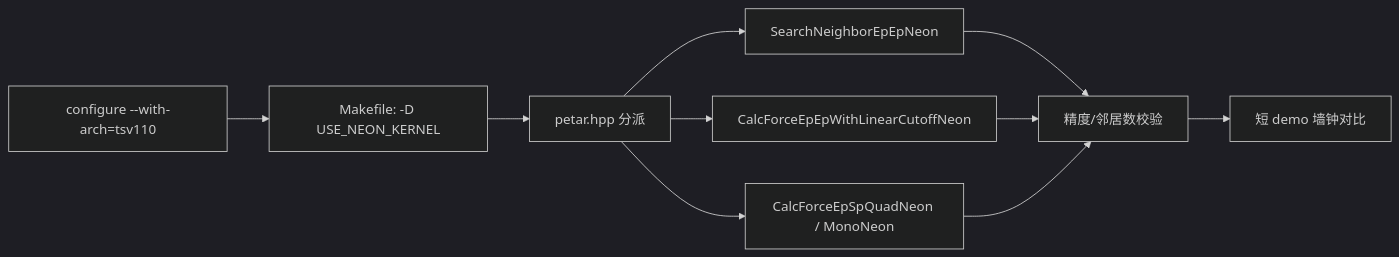
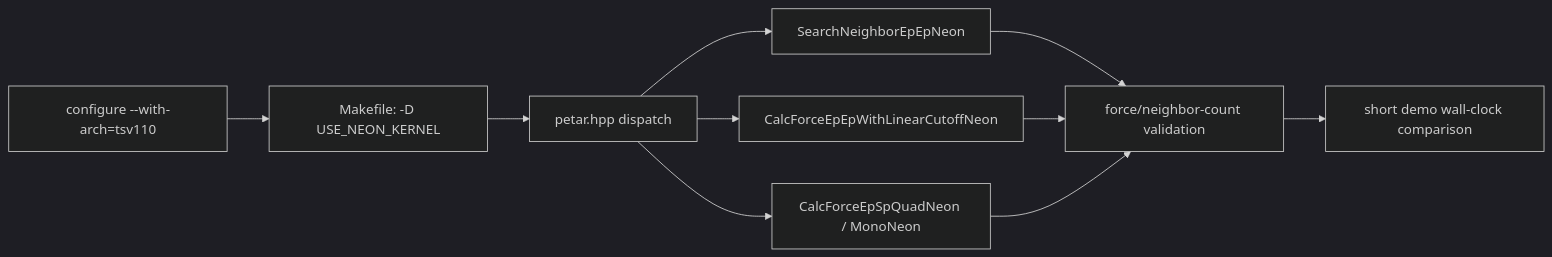
One commit to lwang-astro/PeTar changed the second of 2 diagrams in tsv110-bench/REPORT.md. Above: the diagram before and after it, drawn with Mermaid (dark theme). The commit also changed other lines of this file and 2 other files, not shown here.

````diff
--- a/tsv110-bench/REPORT.md
+++ b/tsv110-bench/REPORT.md
@@ -384,10 +386,10 @@
 ```mermaid
 flowchart LR
     A["configure --with-arch=tsv110"] --> B["Makefile: -D USE_NEON_KERNEL"]
-    B --> C["petar.hpp 分派"]
+    B --> C["petar.hpp dispatch"]
     C --> D["SearchNeighborEpEpNeon"]
     C --> E["CalcForceEpEpWithLinearCutoffNeon"]
     C --> F["CalcForceEpSpQuadNeon / MonoNeon"]
-    D & E & F --> G["精度/邻居数校验"]
-    G --> H["短 demo 墙钟对比"]
+    D & E & F --> G["force/neighbor-count validation"]
+    G --> H["short demo wall-clock comparison"]
 ```
````
